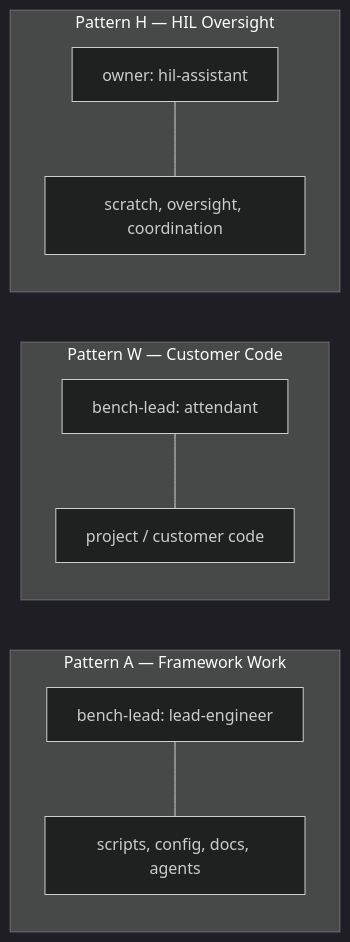
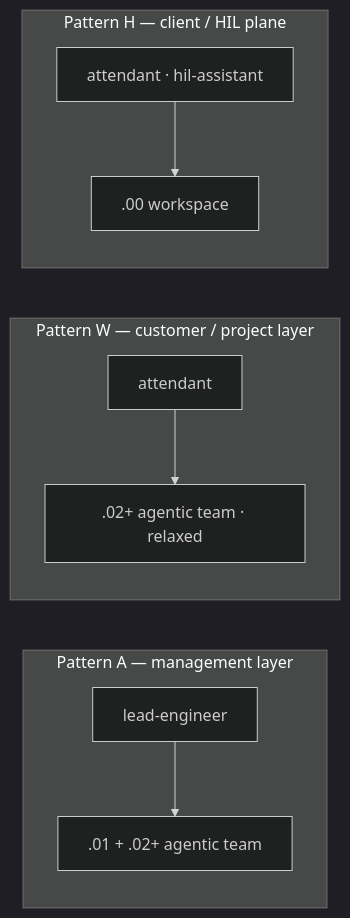
The third of 4 diagrams in mddocs/onboarding/visual-overview.md (sworley/AgenticCore), drawn with Mermaid (dark theme) before and after one commit. The commit also changed other lines of this file and 1 other file, not shown here.

First line of the commit message:
docs: rework visual overview to match the bench hierarchy model

````diff
--- a/mddocs/onboarding/visual-overview.md
+++ b/mddocs/onboarding/visual-overview.md
@@ -57,17 +68,14 @@
 ```mermaid
 flowchart LR
-    subgraph Standalone[Pattern A — Framework Work]
-        PA[bench-lead: lead-engineer]
-        PA --- AWork[scripts, config, docs, agents]
+    subgraph A[Pattern A — management layer]
+        LA[lead-engineer] --> TA[.01 + .02+ agentic team]
     end
 
-    subgraph Customer[Pattern W — Customer Code]
-        PW[bench-lead: attendant]
-        PW --- WWork[project / customer code]
+    subgraph W[Pattern W — customer / project layer]
+        AW[attendant] --> TW[.02+ agentic team · relaxed]
     end
 
-    subgraph Oversight[Pattern H — HIL Oversight]
-        PH[owner: hil-assistant]
-        PH --- HWork[scratch, oversight, coordination]
+    subgraph H[Pattern H — client / HIL plane]
+        AH[attendant · hil-assistant] --> TH[.00 workspace]
     end
 ```
````
